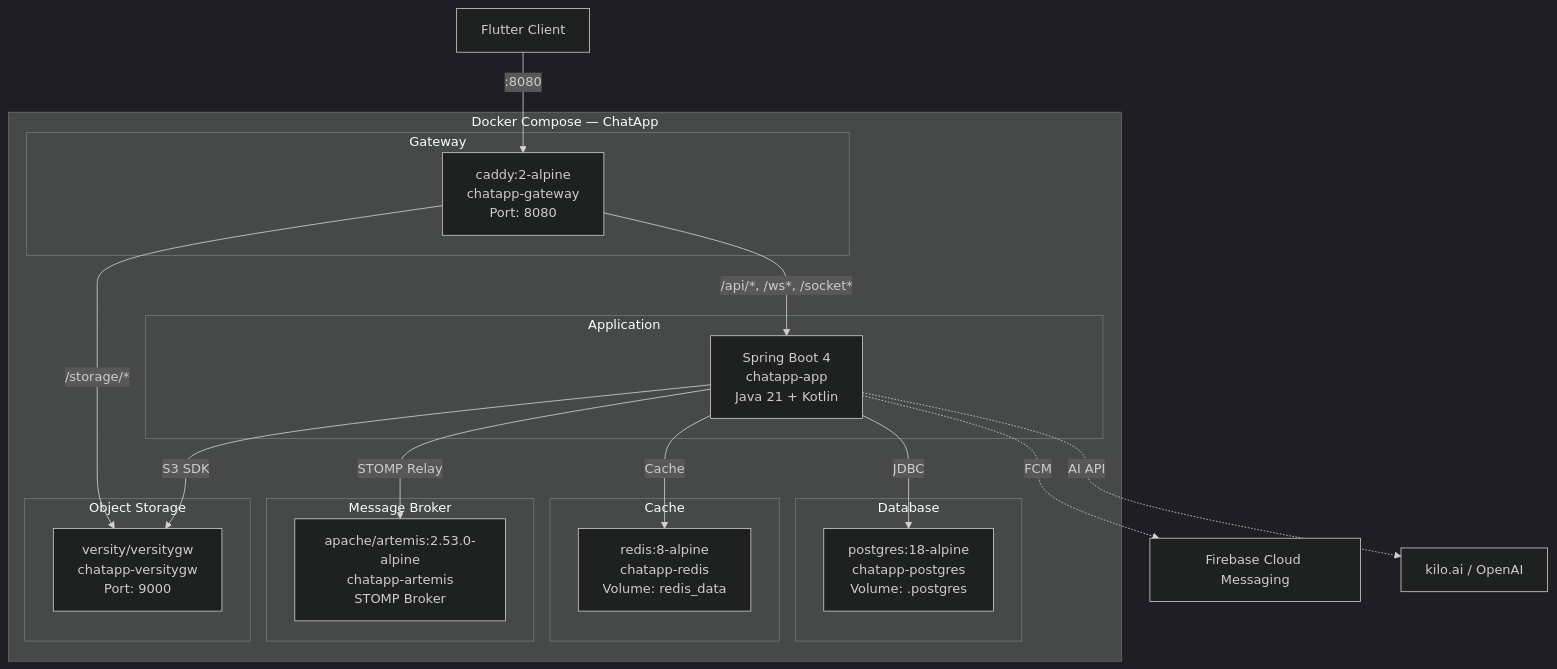
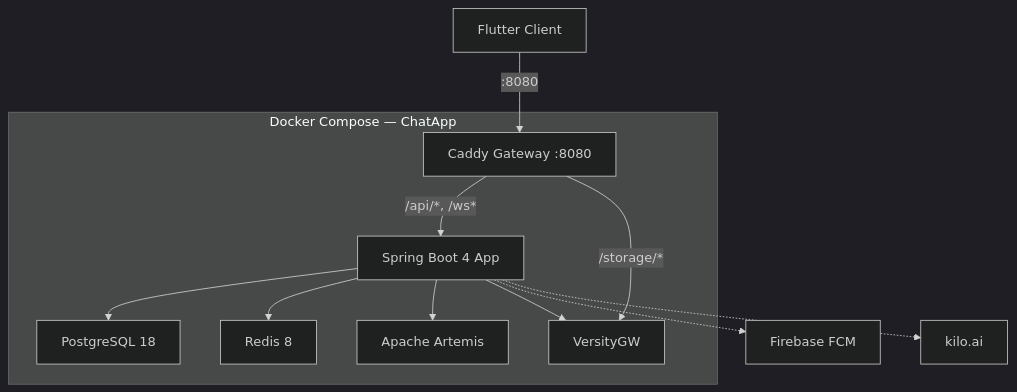
Before and after one commit to HiepNguyen284/chatapp: diagram 11 of 11 in bao_cao_thanh_vien_1.md, drawn with Mermaid (dark theme). The commit also changed other lines of this file and 4473 other files, not shown here.

````diff
--- a/bao_cao_thanh_vien_1.md
+++ b/bao_cao_thanh_vien_1.md
@@ -1135,38 +1105,20 @@
 ```mermaid
 graph TB
-    subgraph DockerCompose["Docker Compose — ChatApp"]
-        subgraph GW["Gateway"]
-            Caddy["caddy:2-alpine<br/>chatapp-gateway<br/>Port: 8080"]
-        end
-
-        subgraph App["Application"]
-            SpringBoot["Spring Boot 4<br/>chatapp-app<br/>Java 21 + Kotlin"]
-        end
-
-        subgraph DB["Database"]
-            Postgres["postgres:18-alpine<br/>chatapp-postgres<br/>Volume: .postgres"]
-        end
-
-        subgraph Cache["Cache"]
-            Redis["redis:8-alpine<br/>chatapp-redis<br/>Volume: redis_data"]
-        end
-
-        subgraph Broker["Message Broker"]
-            Artemis["apache/artemis:2.53.0-alpine<br/>chatapp-artemis<br/>STOMP Broker"]
-        end
-
-        subgraph ObjStore["Object Storage"]
-            VersityGW["versity/versitygw<br/>chatapp-versitygw<br/>Port: 9000"]
-        end
+    subgraph DC["Docker Compose — ChatApp"]
+        GW["Caddy Gateway :8080"]
+        APP["Spring Boot 4 App"]
+        PG["PostgreSQL 18"]
+        RD["Redis 8"]
+        AR["Apache Artemis"]
+        S3["VersityGW"]
     end
-
-    Client["Flutter Client"] -->|":8080"| Caddy
-    Caddy -->|"/api/*, /ws*, /socket*"| SpringBoot
-    Caddy -->|"/storage/*"| VersityGW
-    SpringBoot -->|"JDBC"| Postgres
-    SpringBoot -->|"Cache"| Redis
-    SpringBoot -->|"STOMP Relay"| Artemis
-    SpringBoot -->|"S3 SDK"| VersityGW
-    SpringBoot -.->|"FCM"| Firebase["Firebase Cloud Messaging"]
-    SpringBoot -.->|"AI API"| OpenAI["kilo.ai / OpenAI"]
+    Client["Flutter Client"] -->|":8080"| GW
+    GW -->|"/api/*, /ws*"| APP
+    GW -->|"/storage/*"| S3
+    APP --> PG
+    APP --> RD
+    APP --> AR
+    APP --> S3
+    APP -.-> FB["Firebase FCM"]
+    APP -.-> AI["kilo.ai"]
 ```
````
